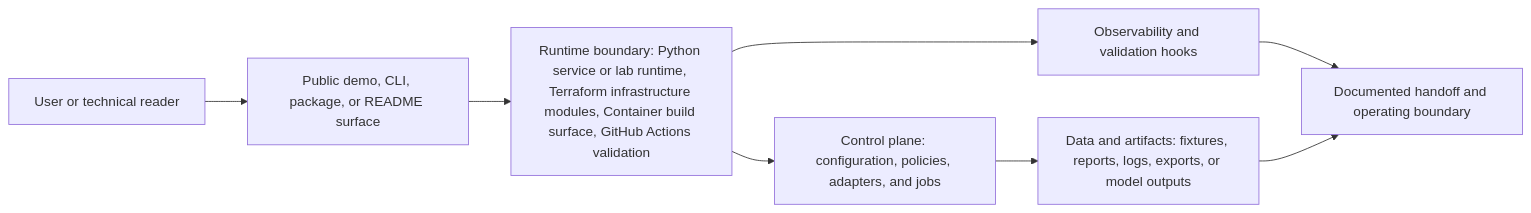
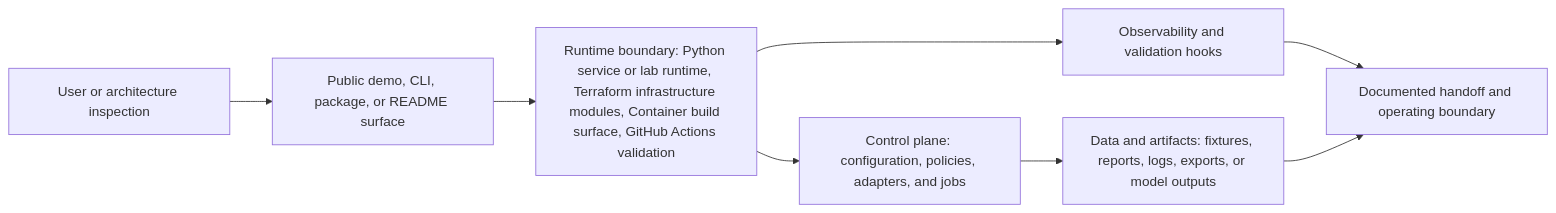
The diagram in docs/system-architecture.md (KIM3310/SteadyTap), drawn with Mermaid before and after one commit. The commit also changed 19 other files, not shown here.

Commit message:
Polish architecture-centered repository surfaces

````diff
--- a/docs/system-architecture.md
+++ b/docs/system-architecture.md
@@ -18,10 +18,10 @@
 ```mermaid
 flowchart LR
-    User["User or technical reader"] --> Surface["Public demo, CLI, package, or README surface"]
+    User["User or architecture inspection"] --> Surface["Public demo, CLI, package, or README surface"]
     Surface --> Runtime["Runtime boundary: Python service or lab runtime, Terraform infrastructure modules, Container build surface, GitHub Actions validation"]
     Runtime --> Control["Control plane: configuration, policies, adapters, and jobs"]
     Control --> Data["Data and artifacts: fixtures, reports, logs, exports, or model outputs"]
     Runtime --> Observability["Observability and validation hooks"]
     Observability --> Handoff["Documented handoff and operating boundary"]
     Data --> Handoff
 ```
````
